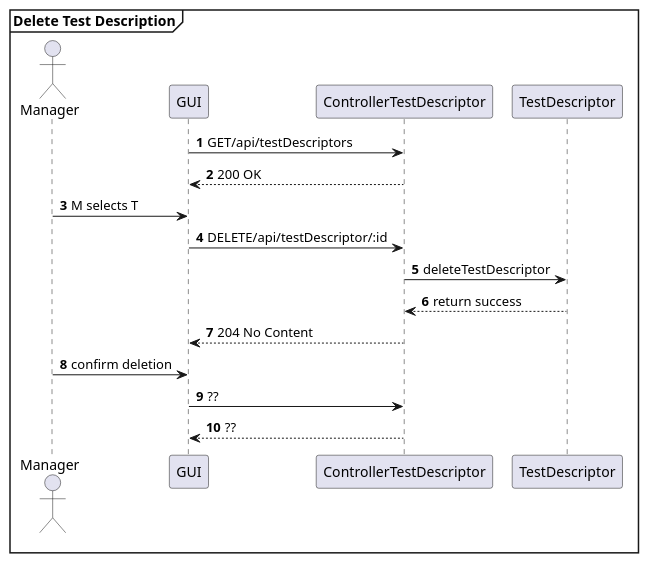
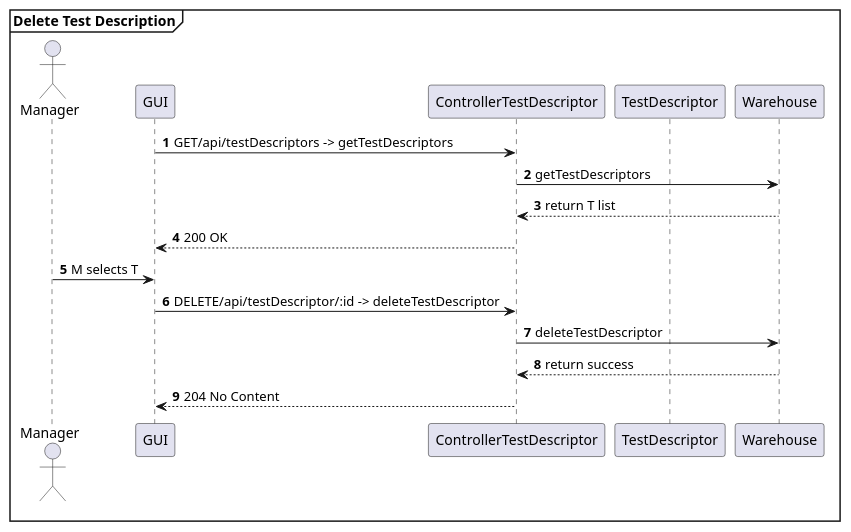
Before and after one commit to AlexZampa/EzWh: diagram 32 of 32 in DesignDocument.md, drawn with PlantUML. The commit also changed other lines of this file, not shown here.

````diff
--- a/DesignDocument.md
+++ b/DesignDocument.md
@@ -1447,21 +1456,21 @@
 ```plantuml
+@startuml
 mainframe **Delete Test Description**
 actor Manager
 participant GUI
 participant ControllerTestDescriptor
 participant TestDescriptor
 
 autonumber
-GUI -> ControllerTestDescriptor : GET/api/testDescriptors
+GUI -> ControllerTestDescriptor : GET/api/testDescriptors -> getTestDescriptors
+ControllerTestDescriptor -> Warehouse : getTestDescriptors
+ControllerTestDescriptor <-- Warehouse : return T list
 GUI <-- ControllerTestDescriptor : 200 OK
 Manager -> GUI : M selects T
-GUI -> ControllerTestDescriptor : DELETE/api/testDescriptor/:id
-ControllerTestDescriptor -> TestDescriptor : deleteTestDescriptor
-ControllerTestDescriptor <-- TestDescriptor : return success
+GUI -> ControllerTestDescriptor : DELETE/api/testDescriptor/:id -> deleteTestDescriptor
+ControllerTestDescriptor -> Warehouse : deleteTestDescriptor
+ControllerTestDescriptor <-- Warehouse : return success
 GUI <-- ControllerTestDescriptor : 204 No Content
-Manager -> GUI : confirm deletion
-GUI -> ControllerTestDescriptor : ??
-GUI <-- ControllerTestDescriptor : ??
 
 @enduml
 ```
````
